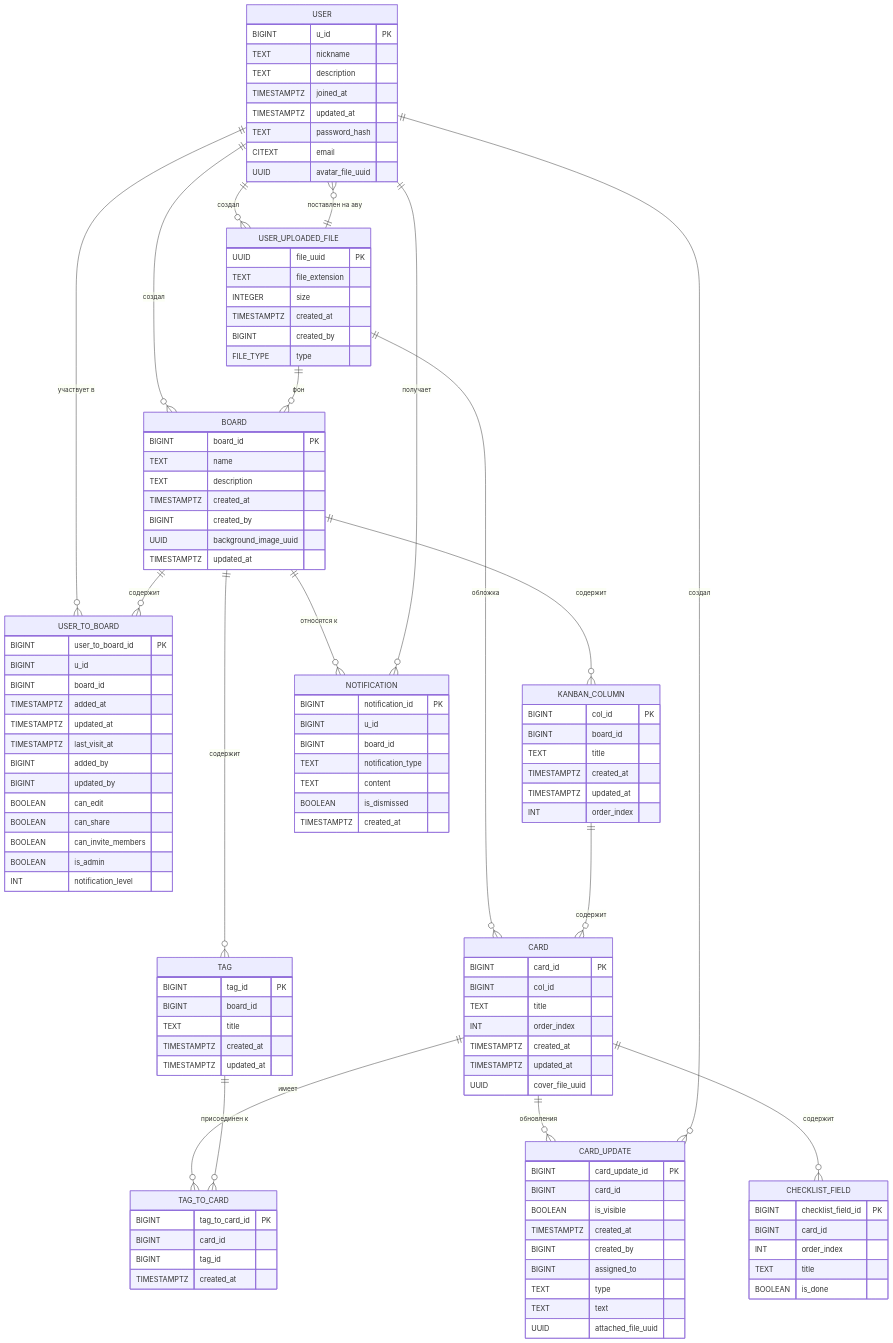
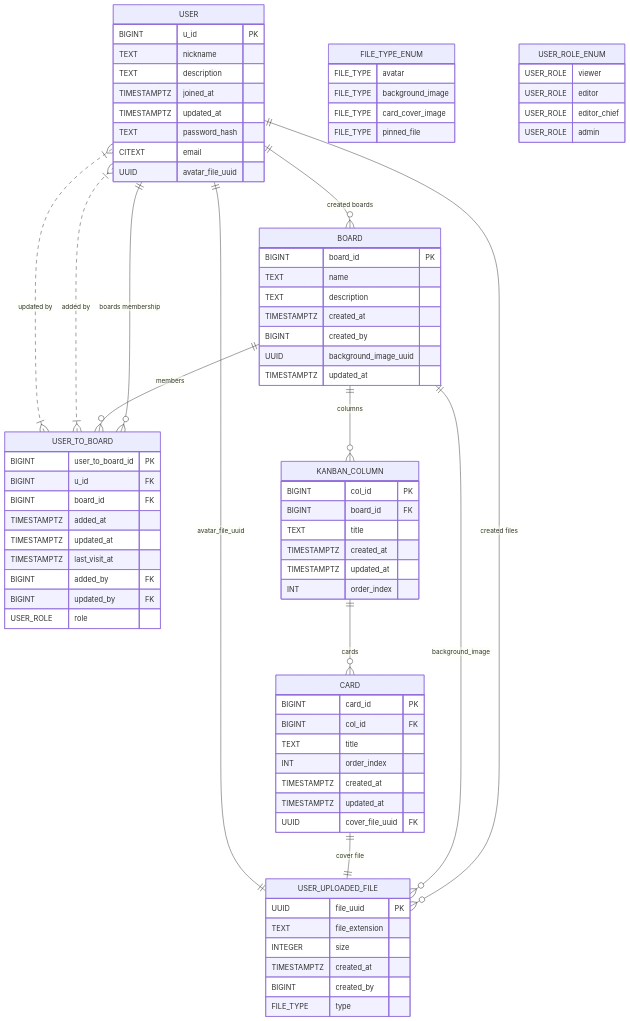
Before and after one commit to go-park-mail-ru/2024_2_RPO: the diagram in database/normalized/relations.md, drawn with Mermaid. The commit also changed other lines of this file, not shown here.

Commit message:
Исправлено ДЗ

````diff
--- a/database/normalized/relations.md
+++ b/database/normalized/relations.md
@@ -87,6 +72,6 @@
 ```mermaid
 erDiagram
-    USER {
+        USER {
         BIGINT u_id PK
         TEXT nickname
         TEXT description
@@ -118,23 +103,19 @@
 
     USER_TO_BOARD {
         BIGINT user_to_board_id PK
-        BIGINT u_id
-        BIGINT board_id
+        BIGINT u_id FK
+        BIGINT board_id FK
         TIMESTAMPTZ added_at
         TIMESTAMPTZ updated_at
         TIMESTAMPTZ last_visit_at
-        BIGINT added_by
-        BIGINT updated_by
-        BOOLEAN can_edit
-        BOOLEAN can_share
-        BOOLEAN can_invite_members
-        BOOLEAN is_admin
-        INT notification_level
+        BIGINT added_by FK
+        BIGINT updated_by FK
+        USER_ROLE role
     }
 
     KANBAN_COLUMN {
         BIGINT col_id PK
-        BIGINT board_id
+        BIGINT board_id FK
         TEXT title
         TIMESTAMPTZ created_at
         TIMESTAMPTZ updated_at
@@ -143,76 +124,39 @@
 
     CARD {
         BIGINT card_id PK
-        BIGINT col_id
+        BIGINT col_id FK
         TEXT title
         INT order_index
         TIMESTAMPTZ created_at
         TIMESTAMPTZ updated_at
-        UUID cover_file_uuid
+        UUID cover_file_uuid FK
     }
 
-    TAG {
-        BIGINT tag_id PK
-        BIGINT board_id
-        TEXT title
-        TIMESTAMPTZ created_at
-        TIMESTAMPTZ updated_at
+    %% Типы ENUM
+    FILE_TYPE_ENUM {
+        FILE_TYPE avatar
+        FILE_TYPE background_image
+        FILE_TYPE card_cover_image
+        FILE_TYPE pinned_file
     }
 
-    TAG_TO_CARD {
-        BIGINT tag_to_card_id PK
-        BIGINT card_id
-        BIGINT tag_id
-        TIMESTAMPTZ created_at
-    }
-
-    CARD_UPDATE {
-        BIGINT card_update_id PK
-        BIGINT card_id
-        BOOLEAN is_visible
-        TIMESTAMPTZ created_at
-        BIGINT created_by
-        BIGINT assigned_to
-        TEXT type
-        TEXT text
-        UUID attached_file_uuid
-    }
-
-    NOTIFICATION {
-        BIGINT notification_id PK
-        BIGINT u_id
-        BIGINT board_id
-        TEXT notification_type
-        TEXT content
-        BOOLEAN is_dismissed
-        TIMESTAMPTZ created_at
-    }
-
-    CHECKLIST_FIELD {
-        BIGINT checklist_field_id PK
-        BIGINT card_id
-        INT order_index
-        TEXT title
-        BOOLEAN is_done
+    USER_ROLE_ENUM {
+        USER_ROLE viewer
+        USER_ROLE editor
+        USER_ROLE editor_chief
+        USER_ROLE admin
     }
 
     %% Связи
-
-    USER ||--o{ USER_UPLOADED_FILE : "создал"
-    USER ||--o{ BOARD : "создал"
-    USER ||--o{ USER_TO_BOARD : "участвует в"
-    USER_UPLOADED_FILE ||--o{ USER : "поставлен на аву"
-    BOARD ||--o{ USER_TO_BOARD : "содержит"
-    BOARD ||--o{ KANBAN_COLUMN : "содержит"
-    BOARD ||--o{ TAG : "содержит"
-    BOARD ||--o{ NOTIFICATION : "относятся к"
-    USER_UPLOADED_FILE ||--o{ BOARD : "фон"
-    USER_UPLOADED_FILE ||--o{ CARD : "обложка"
-    KANBAN_COLUMN ||--o{ CARD : "содержит"
-    CARD ||--o{ TAG_TO_CARD : "имеет"
-    TAG ||--o{ TAG_TO_CARD : "присоединен к"
-    CARD ||--o{ CARD_UPDATE : "обновления"
-    CARD ||--o{ CHECKLIST_FIELD : "содержит"
-    USER ||--o{ CARD_UPDATE : "создал"
-    USER ||--o{ NOTIFICATION : "получает"
+    USER ||--o{ USER_UPLOADED_FILE : "created files"
+    USER_UPLOADED_FILE ||--|| USER : "avatar_file_uuid"
+    USER ||--o{ BOARD : "created boards"
+    BOARD ||--o{ USER_UPLOADED_FILE : "background_image"
+    USER ||--o{ USER_TO_BOARD : "boards membership"
+    BOARD ||--o{ USER_TO_BOARD : "members"
+    BOARD ||--o{ KANBAN_COLUMN : "columns"
+    KANBAN_COLUMN ||--o{ CARD : "cards"
+    USER_TO_BOARD }|..|{ USER : "added by"
+    USER_TO_BOARD }|..|{ USER : "updated by"
+    CARD ||--|| USER_UPLOADED_FILE : "cover file"
 ```
````
